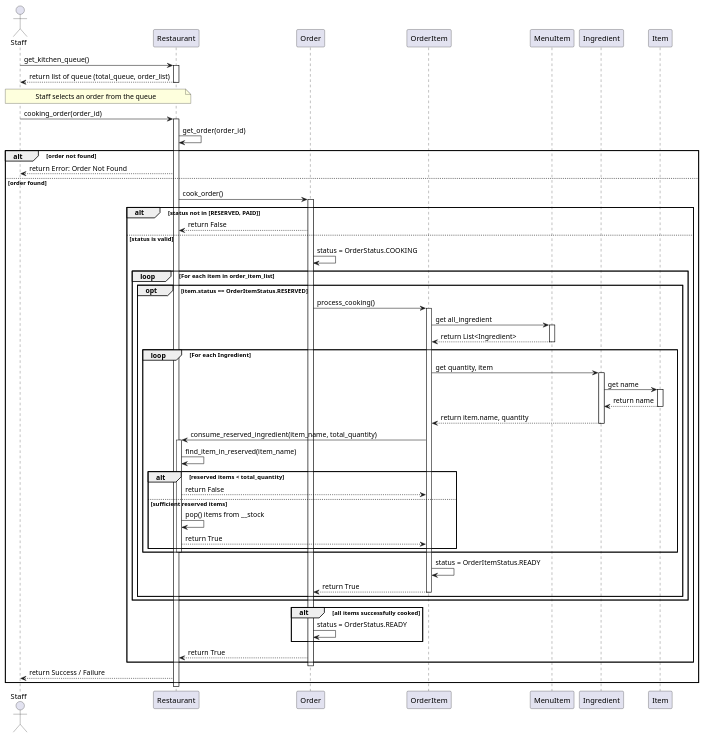
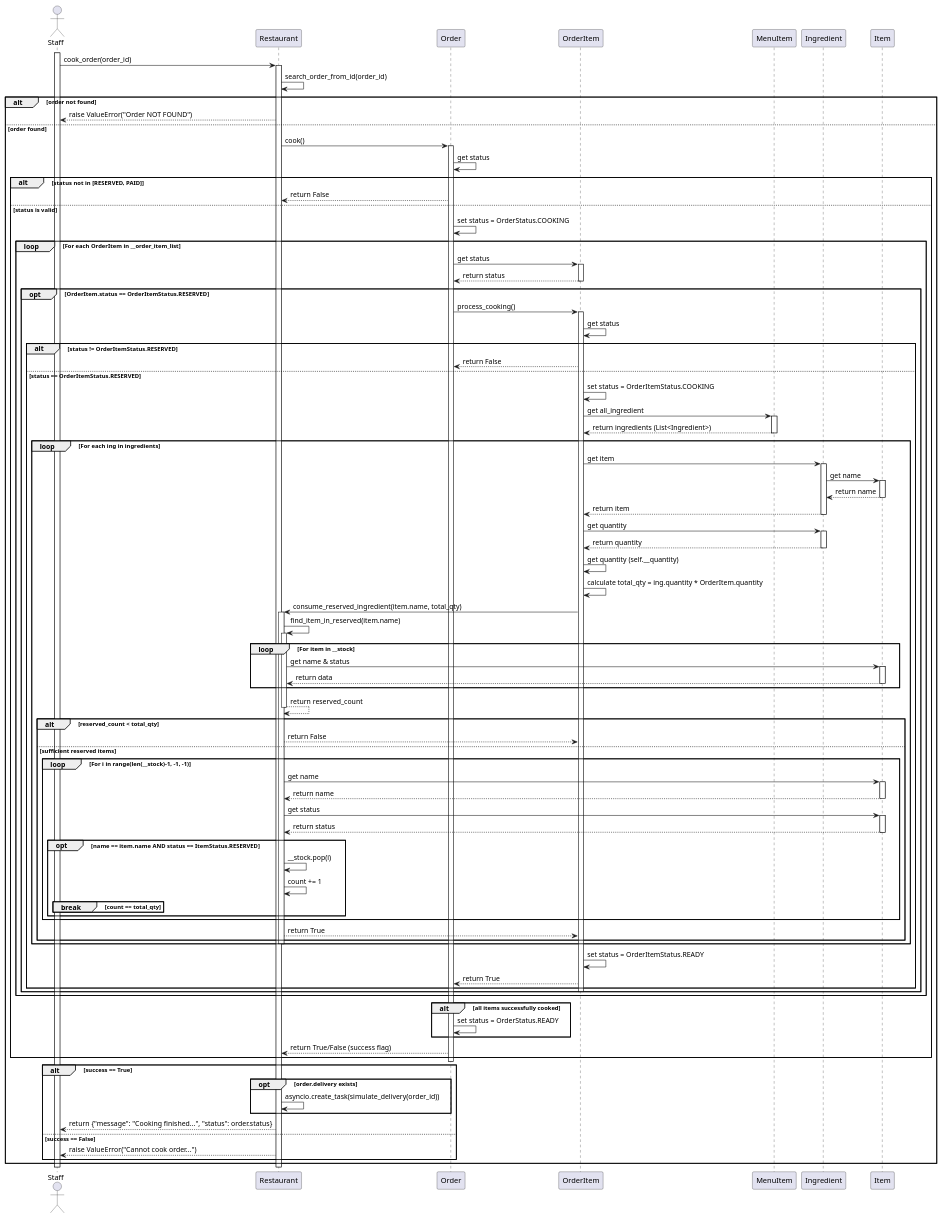
Before and after one commit to twrrippy/knight-chicken-oop: the diagram in shared/doc/cooking_sequence.puml, drawn with PlantUML. The commit also changed 1 other file, not shown here.

Commit message:
Refactor cooking and menu retrieval sequences for improved clarity and functionality

```diff
--- a/shared/doc/cooking_sequence.puml
+++ b/shared/doc/cooking_sequence.puml
@@ -1,91 +1,152 @@
 @startuml
 actor Staff
 participant "Restaurant" as R
 participant "Order" as O
 participant "OrderItem" as OI
 participant "MenuItem" as MI
 participant "Ingredient" as ING
 participant "Item" as ITM
 
-' --- Check Queue Phase ---
-Staff -> R: get_kitchen_queue()
-activate R
-R --> Staff: return list of queue (total_queue, order_list)
-deactivate R
-
-' Staff เลือก order_id จากคิวมาทำ
-note over Staff, R: Staff selects an order from the queue
-
-' --- Cooking Phase ---
-Staff -> R: cooking_order(order_id)
+activate Staff
+Staff -> R: cook_order(order_id)
 activate R
 
-' ค้นหา Order
-R -> R: get_order(order_id)
-
+R -> R: search_order_from_id(order_id)
 alt order not found
-    R --> Staff: return Error: Order Not Found
+    R --> Staff: raise ValueError("Order NOT FOUND")
 else order found
-    R -> O: cook_order()
+    R -> O: cook()
     activate O
     
+    ' เช็คสถานะ Order
+    O -> O: get status
     alt status not in [RESERVED, PAID]
         O --> R: return False
     else status is valid
-        O -> O: status = OrderStatus.COOKING
+        O -> O: set status = OrderStatus.COOKING
         
-        loop For each item in order_item_list
-            opt item.status == OrderItemStatus.RESERVED
+        ' วนลูปทุกเมนูใน Order
+        loop For each OrderItem in __order_item_list
+            
+            O -> OI: get status
+            activate OI
+            OI --> O: return status
+            deactivate OI
+            
+            opt OrderItem.status == OrderItemStatus.RESERVED
                 O -> OI: process_cooking()
                 activate OI
                 
-                ' ดึงข้อมูลวัตถุดิบจากเมนู
-                OI -> MI: get all_ingredient
-                activate MI
-                MI --> OI: return List<Ingredient>
-                deactivate MI
+                ' เช็คสถานะ OrderItem อีกรอบในฟังก์ชัน process_cooking
+                OI -> OI: get status
                 
-                ' วนลูปหักวัตถุดิบแต่ละชนิด
-                loop For each Ingredient
-                    OI -> ING: get quantity, item
-                    activate ING
+                alt status != OrderItemStatus.RESERVED
+                    OI --> O: return False
+                else status == OrderItemStatus.RESERVED
+                    OI -> OI: set status = OrderItemStatus.COOKING
                     
-                    ING -> ITM: get name
-                    activate ITM
-                    ITM --> ING: return name
-                    deactivate ITM
+                    ' ดึง List วัตถุดิบจากเมนู
+                    OI -> MI: get all_ingredient
+                    activate MI
+                    MI --> OI: return ingredients (List<Ingredient>)
+                    deactivate MI
                     
-                    ING --> OI: return item.name, quantity
-                    deactivate ING
+                    ' วนลูปตัดวัตถุดิบทีละอย่าง
+                    loop For each ing in ingredients
+                        ' 1. ดึงชื่อ Item
+                        OI -> ING: get item
+                        activate ING
+                        ING -> ITM: get name
+                        activate ITM
+                        ITM --> ING: return name
+                        deactivate ITM
+                        ING --> OI: return item
+                        deactivate ING
+                        
+                        ' 2. ดึงจำนวนต่อหน่วย (ing.quantity) 
+                        
+                        OI -> ING: get quantity
+                        activate ING
+                        ING --> OI: return quantity
+                        deactivate ING
+                        
+                        ' 3. ดึงจำนวนออเดอร์ (oi.quantity) และคำนวณยอดรวม
+                        OI -> OI: get quantity (self.__quantity)
+                        OI -> OI: calculate total_qty = ing.quantity * OrderItem.quantity
+                        
+                        ' 4. หักสต๊อกผ่าน Restaurant
+                        OI -> R: consume_reserved_ingredient(item.name, total_qty)
+                        activate R
+                        
+                        ' 4.1 เช็คว่ามีของที่จองไว้พอไหม
+                        R -> R: find_item_in_reserved(item.name)
+                        activate R
+                        loop For item in __stock
+                            R -> ITM: get name & status
+                            activate ITM
+                            ITM --> R: return data
+                            deactivate ITM
+                        end
+                        R --> R: return reserved_count
+                        deactivate R
+                        
+                        alt reserved_count < total_qty
+                            R --> OI: return False
+                        else sufficient reserved items
+                            ' 4.2 วนลูปถอยหลังเพื่อหักสต๊อก (pop)
+                            loop For i in range(len(__stock)-1, -1, -1)
+                                R -> ITM: get name
+                                activate ITM
+                                ITM --> R: return name
+                                deactivate ITM
+                                
+                                R -> ITM: get status
+                                activate ITM
+                                ITM --> R: return status
+                                deactivate ITM
+                                
+                                opt name == item.name AND status == ItemStatus.RESERVED
+                                    R -> R: __stock.pop(i)  
+                                    R -> R: count += 1
+                                    
+                                    
+                                    break count == total_qty
+                                        ' ออกจากลูปทันที
+                                    end
+                                end
+                            end
+                            R --> OI: return True
+                        end
+                        deactivate R
+                    end
                     
-                    ' หักสต๊อกผ่าน Restaurant
-                    OI -> R: consume_reserved_ingredient(item_name, total_quantity)
-                    activate R
-                    R -> R: find_item_in_reserved(item_name)
-                    
-                    alt reserved items < total_quantity
-                        R --> OI: return False
-                    else sufficient reserved items
-                        R -> R: pop() items from __stock
-                        R --> OI: return True
-                    end
-                    deactivate R
+                    ' เปลี่ยนสถานะ OrderItem เป็นทำเสร็จแล้ว
+                    OI -> OI: set status = OrderItemStatus.READY
+                    OI --> O: return True
                 end
-                
-                OI -> OI: status = OrderItemStatus.READY
-                OI --> O: return True
                 deactivate OI
             end
         end
         
+        ' ถ้าทุกเมนูทำเสร็จหมด (all_done == True)
         alt all items successfully cooked
-            O -> O: status = OrderStatus.READY
+            O -> O: set status = OrderStatus.READY
         end
         
-        O --> R: return True
+        O --> R: return True/False (success flag)
     end
     deactivate O
-    R --> Staff: return Success / Failure
+    
+    ' หลังจาก cook() เสร็จสิ้นใน Restaurant
+    alt success == True
+        opt order.delivery exists
+            R -> R: asyncio.create_task(simulate_delivery(order_id))
+        end
+        R --> Staff: return {"message": "Cooking finished...", "status": order.status}
+    else success == False
+        R --> Staff: raise ValueError("Cannot cook order...")
+    end
 end
 deactivate R
+deactivate Staff
 @enduml
```
